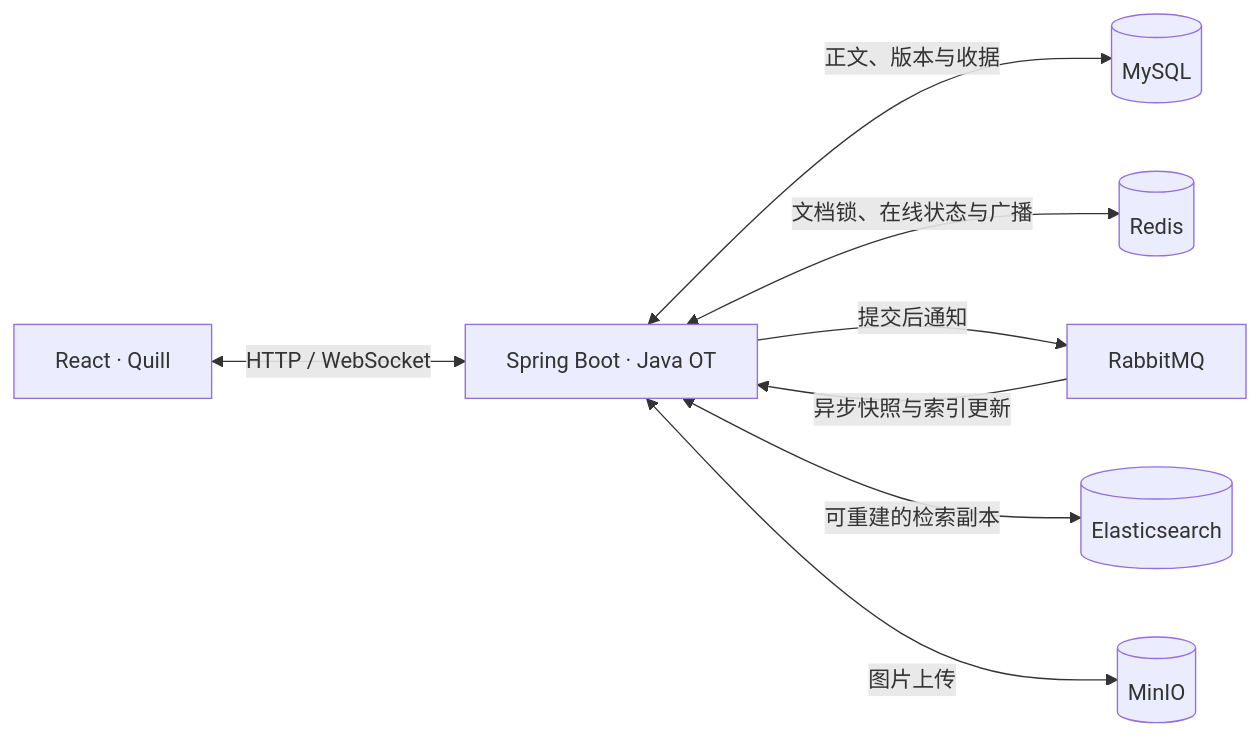
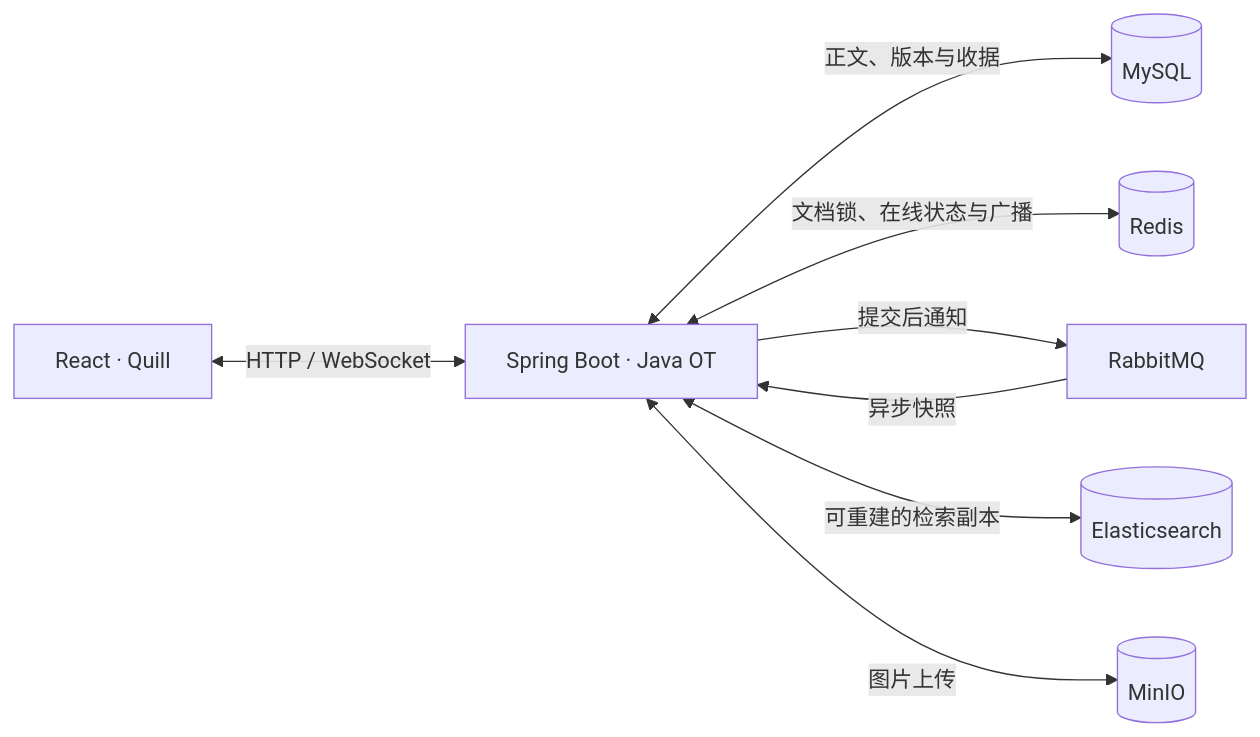
The diagram in README.md (kilig-21/CoPage), drawn with Mermaid before and after one commit. The commit also changed other lines of this file and 2 other files, not shown here.

````diff
--- a/README.md
+++ b/README.md
@@ -40,10 +42,10 @@
 ```mermaid
 flowchart LR
     Browser["React · Quill"] <-->|HTTP / WebSocket| Backend["Spring Boot · Java OT"]
     Backend <-->|正文、版本与收据| MySQL[(MySQL)]
     Backend <-->|文档锁、在线状态与广播| Redis[(Redis)]
     Backend -->|提交后通知| RabbitMQ[RabbitMQ]
-    RabbitMQ -->|异步快照与索引更新| Backend
+    RabbitMQ -->|异步快照| Backend
     Backend <-->|可重建的检索副本| Elasticsearch[(Elasticsearch)]
     Backend <-->|图片上传| MinIO[(MinIO)]
 ```
````
